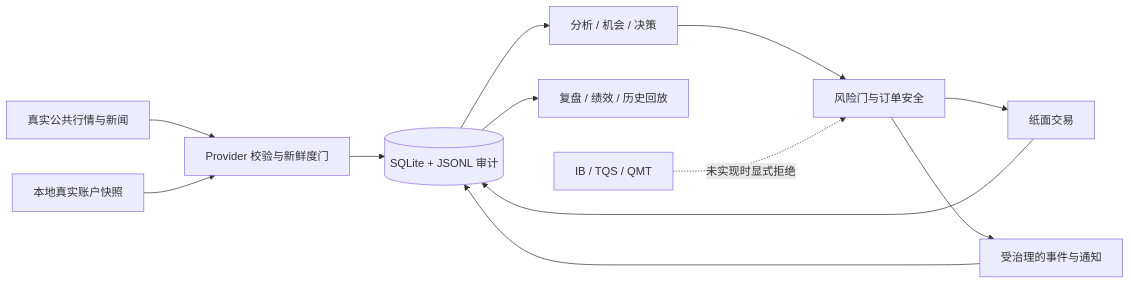
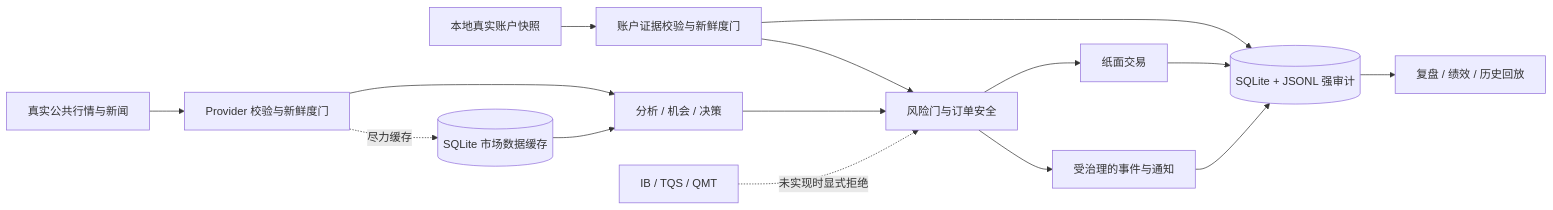
The diagram in README.md (Northofqing/stock_analysis), drawn with Mermaid before and after one commit. The commit also changed other lines of this file and 2 other files, not shown here.

Commit message:
docs: distinguish cache from required audit

````diff
--- a/README.md
+++ b/README.md
@@ -25,14 +25,17 @@
 ```mermaid
 flowchart LR
   S[真实公共行情与新闻] --> V[Provider 校验与新鲜度门]
-  A[本地真实账户快照] --> V
-  V --> D[(SQLite + JSONL 审计)]
-  D --> R[分析 / 机会 / 决策]
-  R --> G[风险门与订单安全]
+  A[本地真实账户快照] --> E[账户证据校验与新鲜度门]
+  V --> R[分析 / 机会 / 决策]
+  V -. 尽力缓存 .-> C[(SQLite 市场数据缓存)]
+  C --> R
+  E --> G[风险门与订单安全]
+  R --> G
   G --> P[纸面交易]
   G --> N[受治理的事件与通知]
+  E --> D[(SQLite + JSONL 强审计)]
   P --> D
   N --> D
   D --> Q[复盘 / 绩效 / 历史回放]
   B[IB / TQS / QMT] -. 未实现时显式拒绝 .-> G
 ```
````
